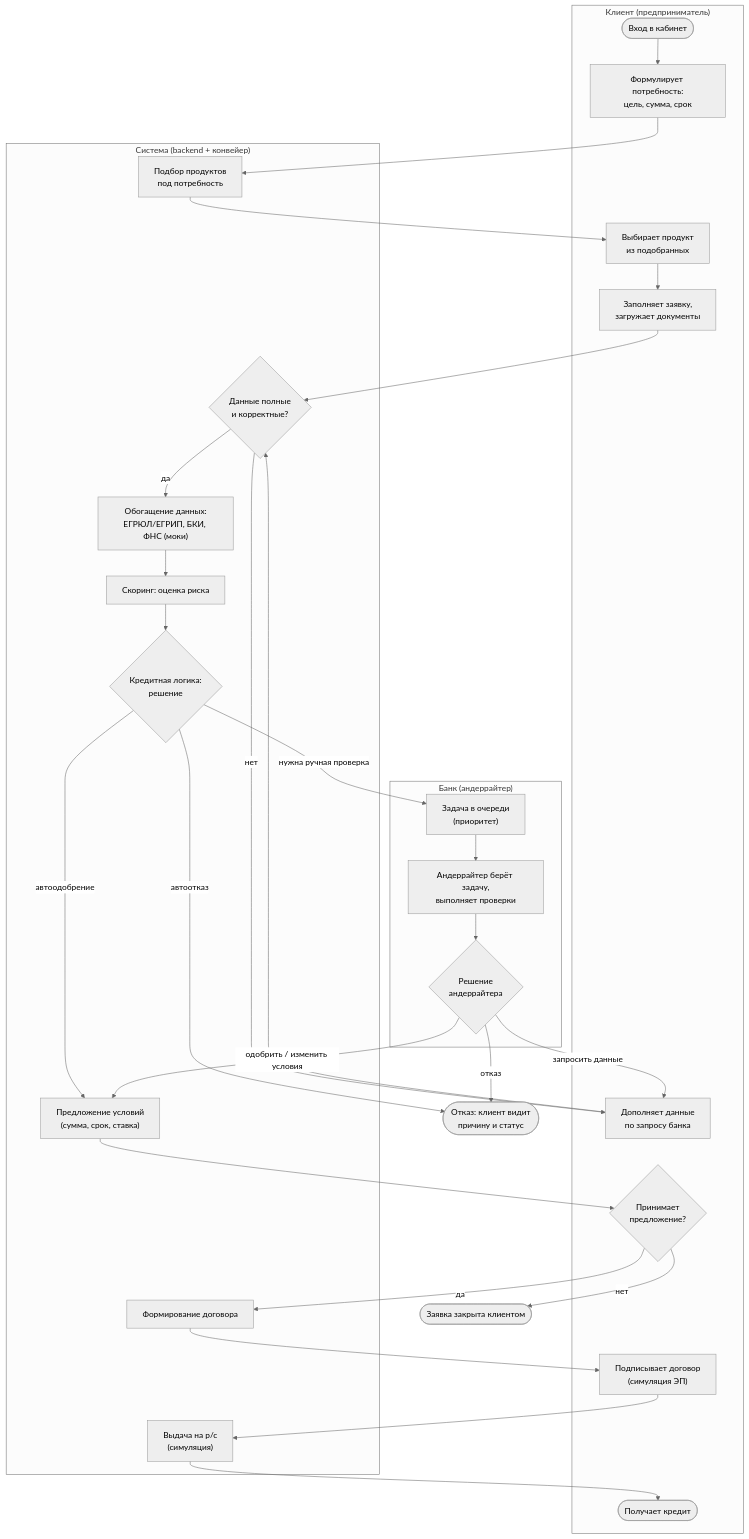
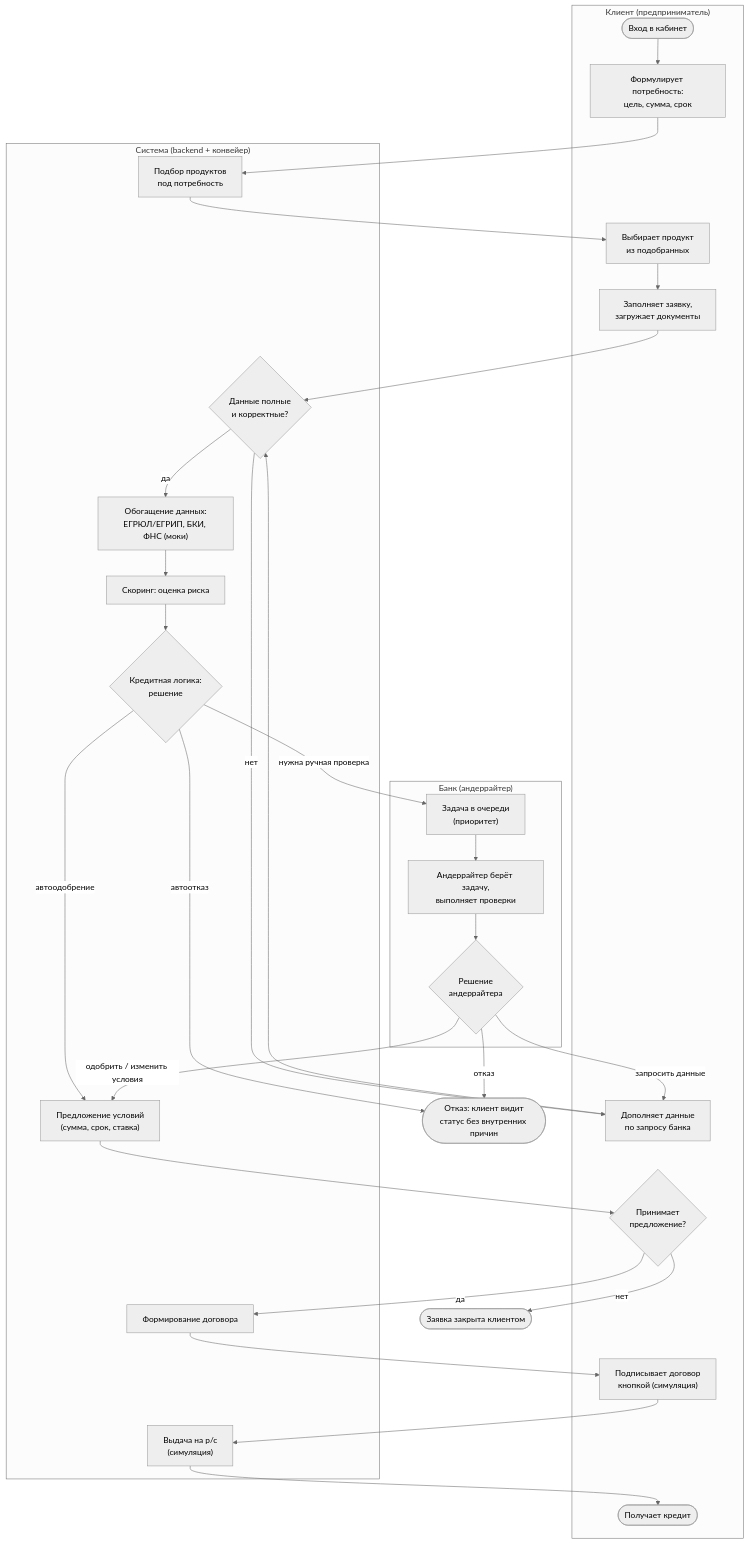
Before and after one commit to UnknownData7/alfa-hack-2026: the first of 3 diagrams in docs/DIAGRAMS.md, drawn with Mermaid (neutral theme). The commit also changed other lines of this file and 13 other files, not shown here.

````diff
--- a/docs/DIAGRAMS.md
+++ b/docs/DIAGRAMS.md
@@ -9,42 +9,42 @@
 ```mermaid
 flowchart TD
   subgraph C["Клиент (предприниматель)"]
     c1(["Вход в кабинет"])
     c2["Формулирует потребность:<br/>цель, сумма, срок"]
     c3["Выбирает продукт<br/>из подобранных"]
     c4["Заполняет заявку,<br/>загружает документы"]
     c5["Дополняет данные<br/>по запросу банка"]
     c6{"Принимает<br/>предложение?"}
-    c7["Подписывает договор<br/>(симуляция ЭП)"]
+    c7["Подписывает договор<br/>кнопкой (симуляция)"]
     c8(["Получает кредит"])
   end
   subgraph S["Система (backend + конвейер)"]
     s1["Подбор продуктов<br/>под потребность"]
     s2{"Данные полные<br/>и корректные?"}
     s3["Обогащение данных:<br/>ЕГРЮЛ/ЕГРИП, БКИ, ФНС (моки)"]
     s4["Скоринг: оценка риска"]
     s5{"Кредитная логика:<br/>решение"}
     s6["Предложение условий<br/>(сумма, срок, ставка)"]
     s7["Формирование договора"]
     s8["Выдача на р/с<br/>(симуляция)"]
   end
   subgraph B["Банк (андеррайтер)"]
     b1["Задача в очереди<br/>(приоритет)"]
     b2["Андеррайтер берёт задачу,<br/>выполняет проверки"]
     b3{"Решение<br/>андеррайтера"}
   end
   c1 --> c2 --> s1 --> c3 --> c4 --> s2
   s2 -- "нет" --> c5 --> s2
   s2 -- "да" --> s3 --> s4 --> s5
   s5 -- "автоодобрение" --> s6
   s5 -- "нужна ручная проверка" --> b1 --> b2 --> b3
   s5 -- "автоотказ" --> e1
   b3 -- "одобрить / изменить условия" --> s6
   b3 -- "запросить данные" --> c5
   b3 -- "отказ" --> e1
   s6 --> c6
   c6 -- "да" --> s7 --> c7 --> s8 --> c8
   c6 -- "нет" --> e2
-  e1(["Отказ: клиент видит<br/>причину и статус"])
+  e1(["Отказ: клиент видит<br/>статус без внутренних причин"])
   e2(["Заявка закрыта клиентом"])
 ```
````
